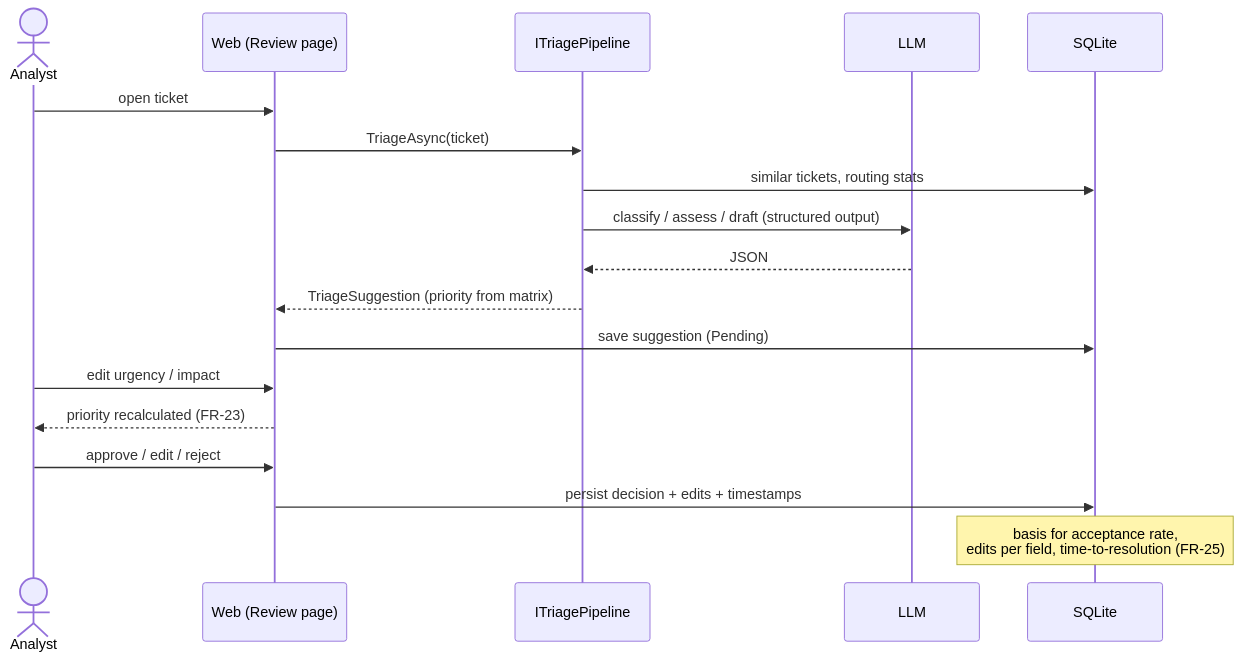
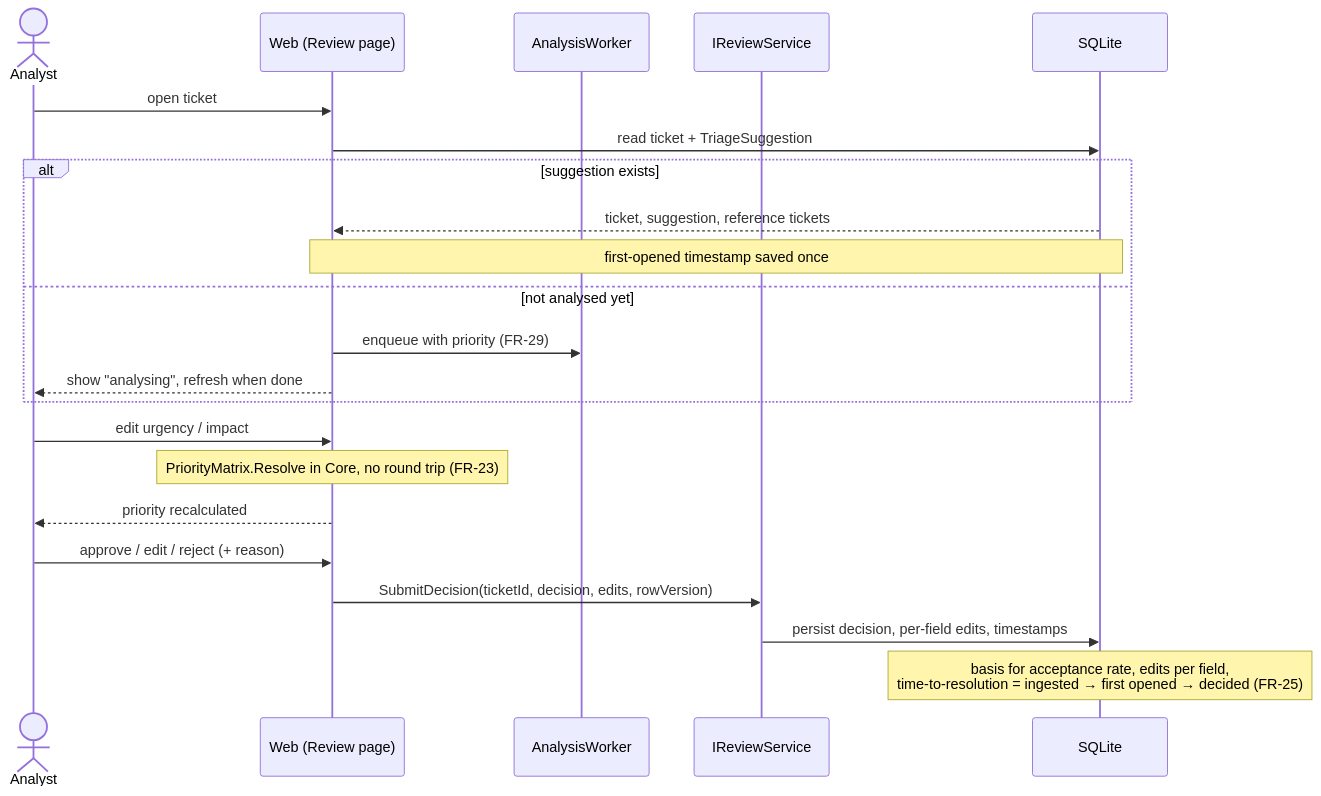
Before and after one commit to githubfawu/TriAIge: the seventh of 7 diagrams in docs/architecture.md, drawn with Mermaid. The commit also changed other lines of this file and 7 other files, not shown here.

Commit message:
architecture changes

````diff
--- a/docs/architecture.md
+++ b/docs/architecture.md
@@ -119,21 +217,25 @@
 ```mermaid
 sequenceDiagram
     actor A as Analyst
     participant W as Web (Review page)
-    participant P as ITriagePipeline
-    participant L as LLM
+    participant Q as AnalysisWorker
+    participant R as IReviewService
     participant D as SQLite
 
     A->>W: open ticket
-    W->>P: TriageAsync(ticket)
-    P->>D: similar tickets, routing stats
-    P->>L: classify / assess / draft (structured output)
-    L-->>P: JSON
-    P-->>W: TriageSuggestion (priority from matrix)
-    W->>D: save suggestion (Pending)
+    W->>D: read ticket + TriageSuggestion
+    alt suggestion exists
+        D-->>W: ticket, suggestion, reference tickets
+        Note over W,D: first-opened timestamp saved once
+    else not analysed yet
+        W->>Q: enqueue with priority (FR-29)
+        W-->>A: show "analysing", refresh when done
+    end
     A->>W: edit urgency / impact
-    W-->>A: priority recalculated (FR-23)
-    A->>W: approve / edit / reject
-    W->>D: persist decision + edits + timestamps
-    Note over D: basis for acceptance rate,<br/>edits per field, time-to-resolution (FR-25)
+    Note over W: PriorityMatrix.Resolve in Core, no round trip (FR-23)
+    W-->>A: priority recalculated
+    A->>W: approve / edit / reject (+ reason)
+    W->>R: SubmitDecision(ticketId, decision, edits, rowVersion)
+    R->>D: persist decision, per-field edits, timestamps
+    Note over D: basis for acceptance rate, edits per field,<br/>time-to-resolution = ingested → first opened → decided (FR-25)
 ```
````
